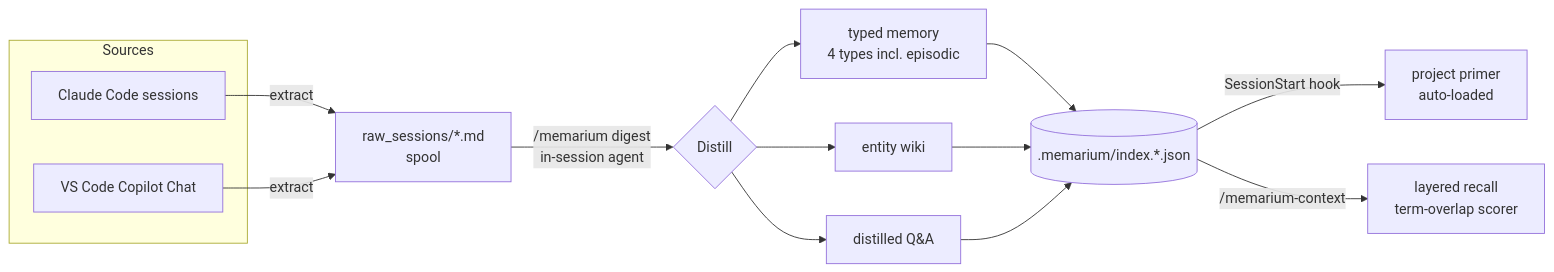
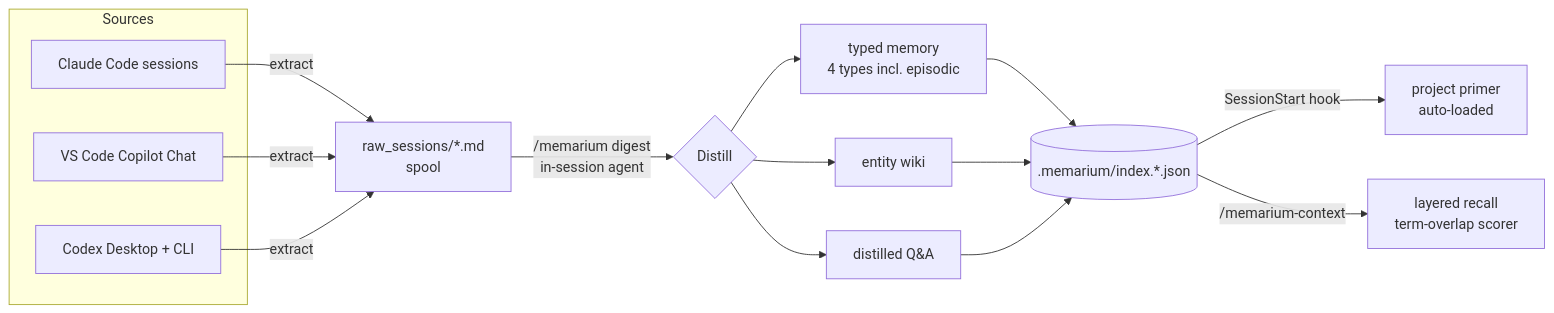
One commit to june9593/memarium-plugin changed the first of 2 diagrams in README.md. Above: the diagram before and after it, drawn with Mermaid. The commit also changed other lines of this file and 30 other files, not shown here.

Commit message:
feat: digest Codex Desktop and CLI sessions

````diff
--- a/README.md
+++ b/README.md
@@ -17,15 +17,16 @@
 ```mermaid
 flowchart LR
   subgraph Sources
     A[Claude Code sessions]
     B[VS Code Copilot Chat]
+    C[Codex Desktop + CLI]
   end
-  A & B -->|extract| SP[raw_sessions/*.md<br/>spool]
+  A & B & C -->|extract| SP[raw_sessions/*.md<br/>spool]
   SP -->|/memarium digest<br/>in-session agent| D{Distill}
   D --> M[typed memory<br/>4 types incl. episodic]
   D --> E[entity wiki]
   D --> Q[distilled Q&A]
   M & E & Q --> IDX[(.memarium/index.*.json)]
   IDX -->|SessionStart hook| P[project primer<br/>auto-loaded]
   IDX -->|/memarium-context| R[layered recall<br/>term-overlap scorer]
 ```
````
